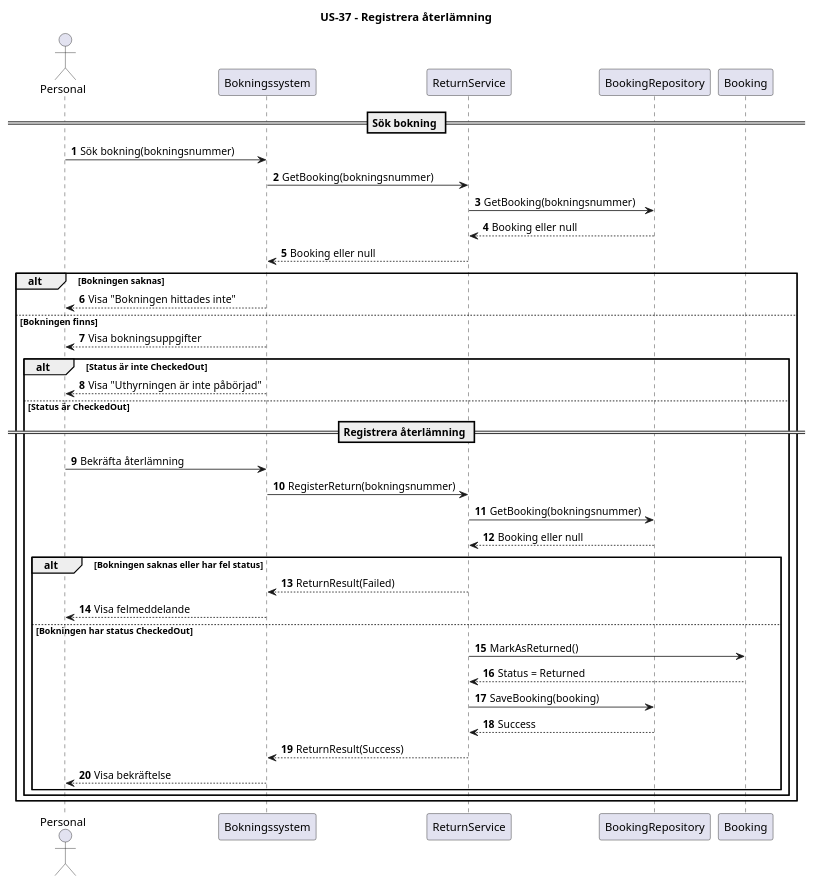
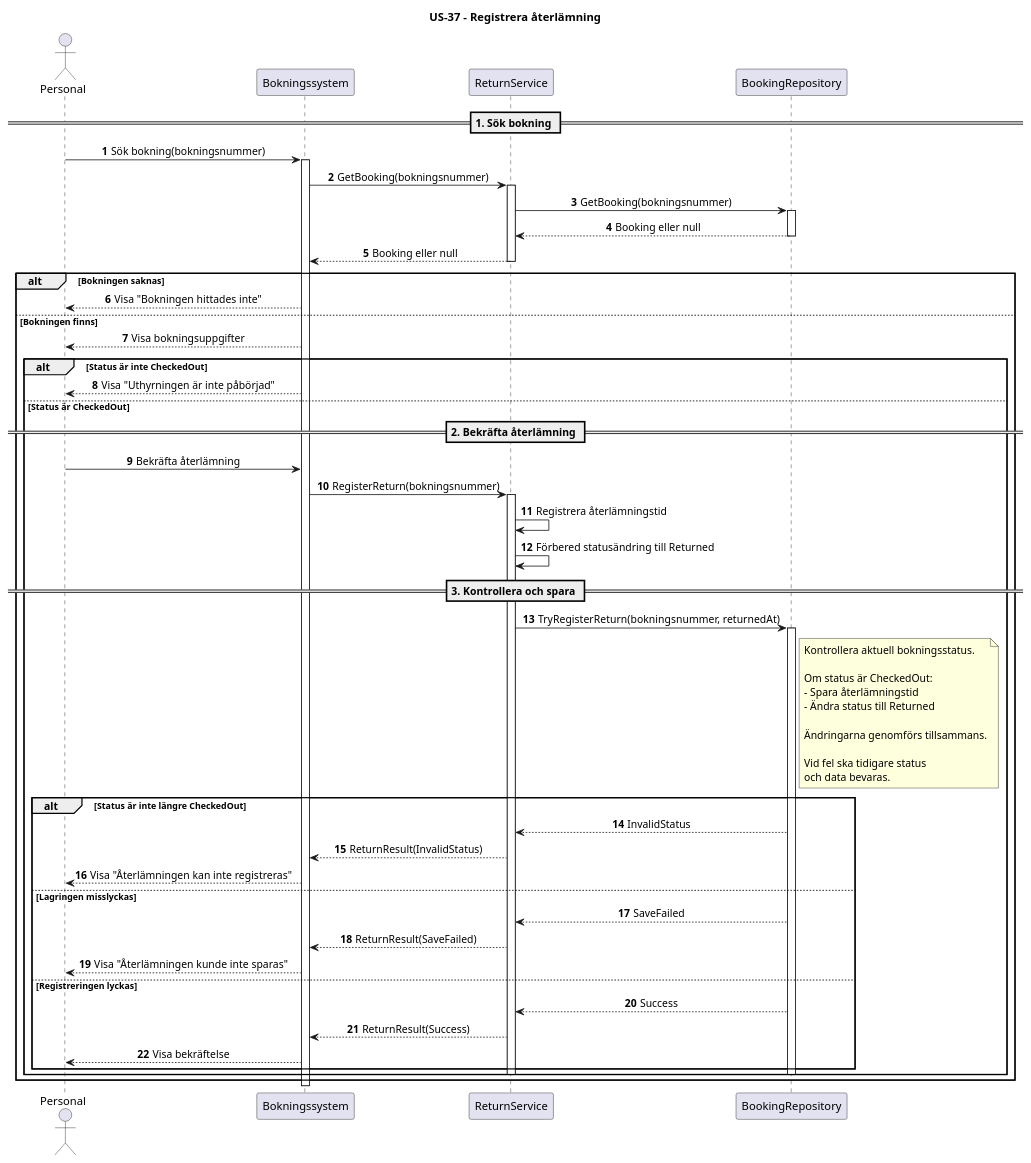
The diagram in SXX.BookingSystem/docs/uml/US-37-sekvensdiagram.puml (Peida-lab/SXX-BookingSystem-Individual), drawn with PlantUML before and after one commit. The commit also changed other lines of this file, not shown here.

Commit message:
Improve US-37 sequence diagram with validation and error handling

```diff
--- a/SXX.BookingSystem/docs/uml/US-37-sekvensdiagram.puml
+++ b/SXX.BookingSystem/docs/uml/US-37-sekvensdiagram.puml
@@ -1,57 +2,91 @@
 @startuml
 title US-37 - Registrera återlämning
 
+skinparam shadowing false
+skinparam sequenceMessageAlign center
 autonumber
-skinparam shadowing false
 
-actor Personal
+actor "Personal" as Personal
 participant "Bokningssystem" as System
 participant "ReturnService" as Service
 participant "BookingRepository" as Repository
-participant "Booking" as Booking
 
-== Sök bokning ==
+== 1. Sök bokning ==
 
 Personal -> System : Sök bokning(bokningsnummer)
+activate System
+
 System -> Service : GetBooking(bokningsnummer)
+activate Service
+
 Service -> Repository : GetBooking(bokningsnummer)
+activate Repository
 Repository --> Service : Booking eller null
+deactivate Repository
+
 Service --> System : Booking eller null
+deactivate Service
 
 alt Bokningen saknas
     System --> Personal : Visa "Bokningen hittades inte"
 
 else Bokningen finns
     System --> Personal : Visa bokningsuppgifter
 
     alt Status är inte CheckedOut
         System --> Personal : Visa "Uthyrningen är inte påbörjad"
 
     else Status är CheckedOut
 
-        == Registrera återlämning ==
+        == 2. Bekräfta återlämning ==
 
         Personal -> System : Bekräfta återlämning
+
         System -> Service : RegisterReturn(bokningsnummer)
+        activate Service
 
-        Service -> Repository : GetBooking(bokningsnummer)
-        Repository --> Service : Booking eller null
+        Service -> Service : Registrera återlämningstid
+        Service -> Service : Förbered statusändring till Returned
 
-        alt Bokningen saknas eller har fel status
-            Service --> System : ReturnResult(Failed)
-            System --> Personal : Visa felmeddelande
+        == 3. Kontrollera och spara ==
 
-        else Bokningen har status CheckedOut
-            Service -> Booking : MarkAsReturned()
-            Booking --> Service : Status = Returned
+        Service -> Repository : TryRegisterReturn(bokningsnummer, returnedAt)
+        activate Repository
 
-            Service -> Repository : SaveBooking(booking)
+        note right of Repository
+          Kontrollera aktuell bokningsstatus.
+
+          Om status är CheckedOut:
+          - Spara återlämningstid
+          - Ändra status till Returned
+
+          Ändringarna genomförs tillsammans.
+
+          Vid fel ska tidigare status
+          och data bevaras.
+        end note
+
+        alt Status är inte längre CheckedOut
+            Repository --> Service : InvalidStatus
+            Service --> System : ReturnResult(InvalidStatus)
+            System --> Personal : Visa "Återlämningen kan inte registreras"
+
+        else Lagringen misslyckas
+            Repository --> Service : SaveFailed
+            Service --> System : ReturnResult(SaveFailed)
+            System --> Personal : Visa "Återlämningen kunde inte sparas"
+
+        else Registreringen lyckas
             Repository --> Service : Success
-
             Service --> System : ReturnResult(Success)
             System --> Personal : Visa bekräftelse
         end
+
+        deactivate Repository
+        deactivate Service
     end
 end
 
+deactivate System
+
 @enduml
```
